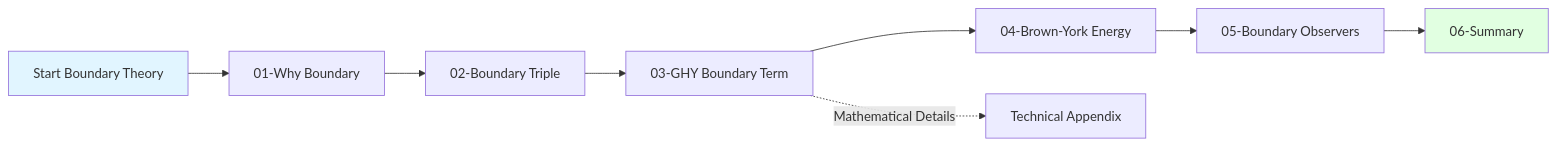
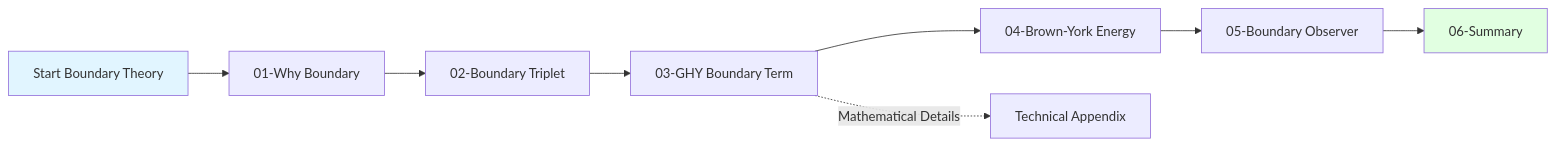
The fourth of 4 diagrams in docs/euler-article/gls-union/06-boundary-theory/00-boundary-overview_en.md (loning/zeckendorf-hilbert), drawn with Mermaid before and after one commit. The commit also changed other lines of this file and 9 other files, not shown here.

````diff
--- a/docs/euler-article/gls-union/06-boundary-theory/00-boundary-overview_en.md
+++ b/docs/euler-article/gls-union/06-boundary-theory/00-boundary-overview_en.md
@@ -162,14 +237,14 @@
 ```mermaid
 graph LR
     START["Start Boundary Theory"] --> WHY["01-Why Boundary"]
-    WHY --> TRIPLE["02-Boundary Triple"]
+    WHY --> TRIPLE["02-Boundary Triplet"]
     TRIPLE --> GHY["03-GHY Boundary Term"]
     GHY --> BY["04-Brown-York Energy"]
-    BY --> OBS["05-Boundary Observers"]
+    BY --> OBS["05-Boundary Observer"]
     OBS --> SUM["06-Summary"]
 
     GHY -.->|"Mathematical Details"| TECH["Technical Appendix"]
 
     style START fill:#e1f5ff
     style SUM fill:#e1ffe1
 ```
````
